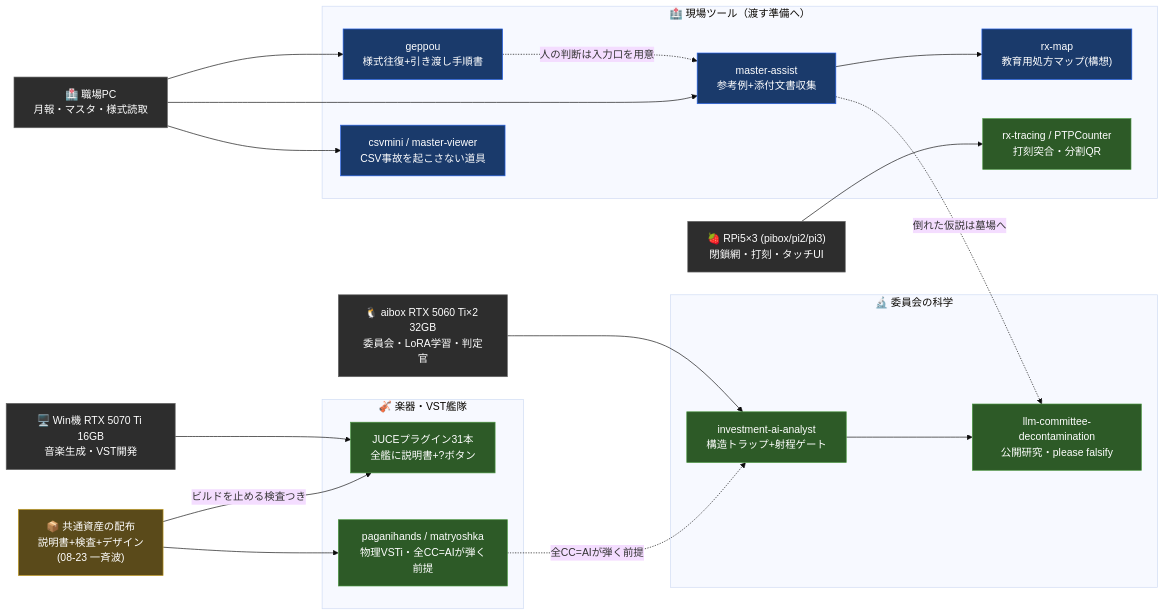
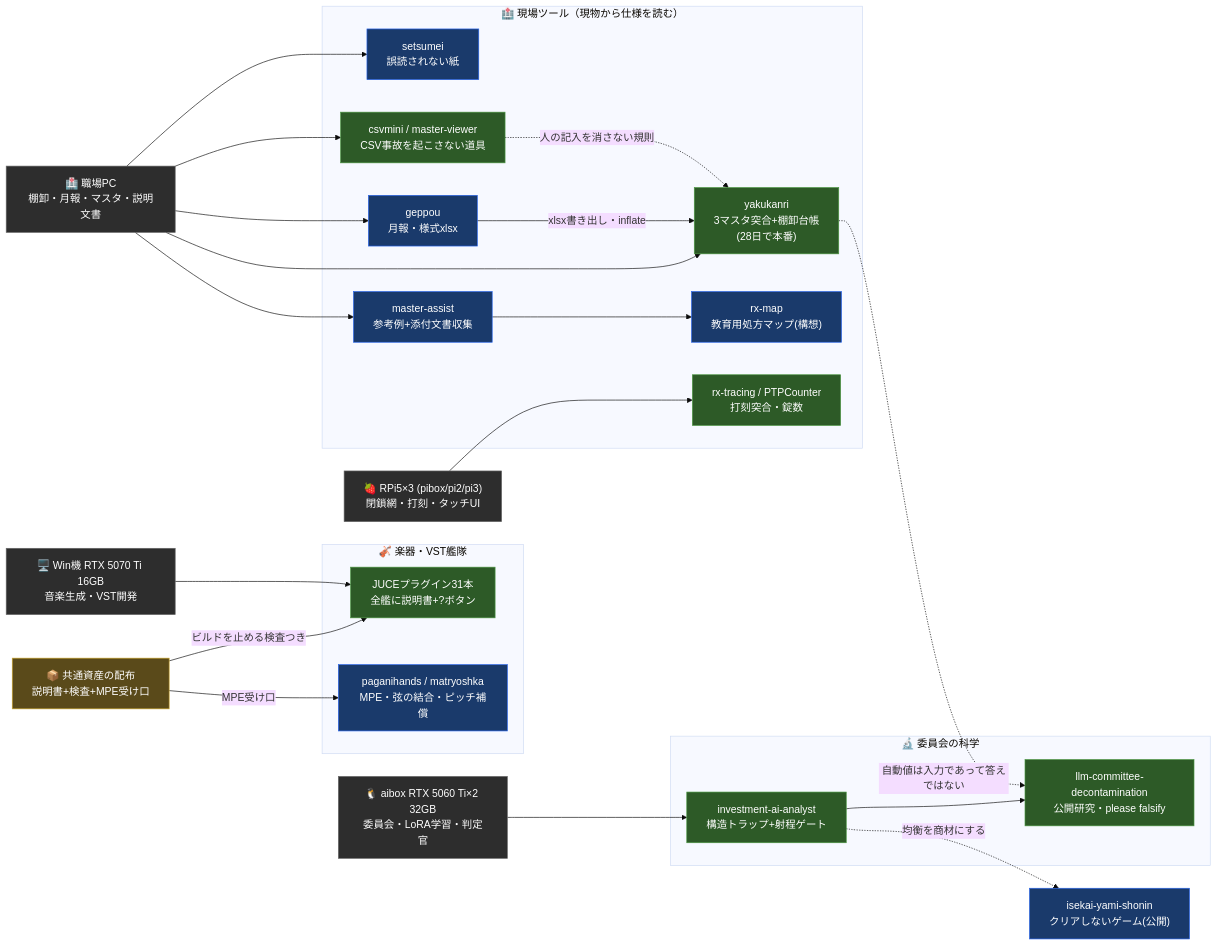
Before and after one commit to seiichinagi-create/seiichinagi-create: the diagram in README.md, drawn with Mermaid (base theme). The commit also changed other lines of this file, not shown here.

````diff
--- a/README.md
+++ b/README.md
@@ -104,56 +135,64 @@
 ```mermaid
 graph LR
 
     %% ── 計算資源 ──────────────────────
     GPU1["🖥️ Win機 RTX 5070 Ti 16GB\n音楽生成・VST開発"]
     GPU2["🐧 aibox RTX 5060 Ti×2 32GB\n委員会・LoRA学習・判定官"]
     PIS["🍓 RPi5×3 (pibox/pi2/pi3)\n閉鎖網・打刻・タッチUI"]
-    WORK["🏥 職場PC\n月報・マスタ・様式読取"]
+    WORK["🏥 職場PC\n棚卸・月報・マスタ・説明文書"]
 
-    %% ── 共通資産（今月の主役） ─────────
-    DIST["📦 共通資産の配布\n説明書+検査+デザイン\n(08-23 一斉波)"]
+    %% ── 共通資産 ─────────────────────
+    DIST["📦 共通資産の配布\n説明書+検査+MPE受け口"]
 
     %% ── 委員会の科学 ──────────────────
     subgraph SCI ["🔬 委員会の科学"]
         DECON["llm-committee-decontamination\n公開研究・please falsify"]
         INV["investment-ai-analyst\n構造トラップ+射程ゲート"]
     end
 
     %% ── 音楽・楽器 ─────────────────────
     subgraph PM ["🎻 楽器・VST艦隊"]
         FLEET["JUCEプラグイン31本\n全艦に説明書+?ボタン"]
-        PAG["paganihands / matryoshka\n物理VSTi・全CC=AIが弾く前提"]
+        PAG["paganihands / matryoshka\nMPE・弦の結合・ピッチ補償"]
     end
 
+    %% ── 遊び ────────────────────────
+    ISE["isekai-yami-shonin\nクリアしないゲーム(公開)"]
+
     %% ── 現場ツール ────────────────────
-    subgraph FIELD ["🏥 現場ツール（渡す準備へ）"]
-        GEP["geppou\n様式往復+引き渡し手順書"]
+    subgraph FIELD ["🏥 現場ツール（現物から仕様を読む）"]
+        YAK["yakukanri\n3マスタ突合+棚卸台帳\n(28日で本番)"]
+        SET["setsumei\n誤読されない紙"]
+        GEP["geppou\n月報・様式xlsx"]
         MA["master-assist\n参考例+添付文書収集"]
         RXM["rx-map\n教育用処方マップ(構想)"]
         CSV["csvmini / master-viewer\nCSV事故を起こさない道具"]
-        RX["rx-tracing / PTPCounter\n打刻突合・分割QR"]
+        RX["rx-tracing / PTPCounter\n打刻突合・錠数"]
     end
 
     %% ── 接続 ─────────────────────────
     GPU2 --> INV --> DECON
     DIST -->|"ビルドを止める検査つき"| FLEET
-    DIST --> PAG
+    DIST -->|"MPE受け口"| PAG
     GPU1 --> FLEET
-    PAG -.->|"全CC=AIが弾く前提"| INV
+    WORK --> YAK
+    WORK --> SET
     WORK --> GEP
     WORK --> MA --> RXM
     WORK --> CSV
     PIS --> RX
-    GEP -.->|"人の判断は入力口を用意"| MA
-    MA -.->|"倒れた仮説は墓場へ"| DECON
+    GEP -->|"xlsx書き出し・inflate"| YAK
+    CSV -.->|"人の記入を消さない規則"| YAK
+    YAK -.->|"自動値は入力であって答えではない"| DECON
+    INV -.->|"均衡を商材にする"| ISE
 
     classDef done fill:#2d5a27,color:#fff,stroke:#4a9640
     classDef inprogress fill:#1a3a6b,color:#fff,stroke:#2563eb
     classDef infra fill:#2d2d2d,color:#fff,stroke:#666
     classDef dist fill:#5a4a1a,color:#fff,stroke:#c9a227
 
-    class DECON,INV,PAG,FLEET,RX done
-    class GEP,MA,RXM,CSV inprogress
+    class DECON,INV,FLEET,RX,YAK,CSV done
+    class PAG,SET,GEP,MA,RXM,ISE inprogress
     class GPU1,GPU2,PIS,WORK infra
     class DIST dist
 ```
````
